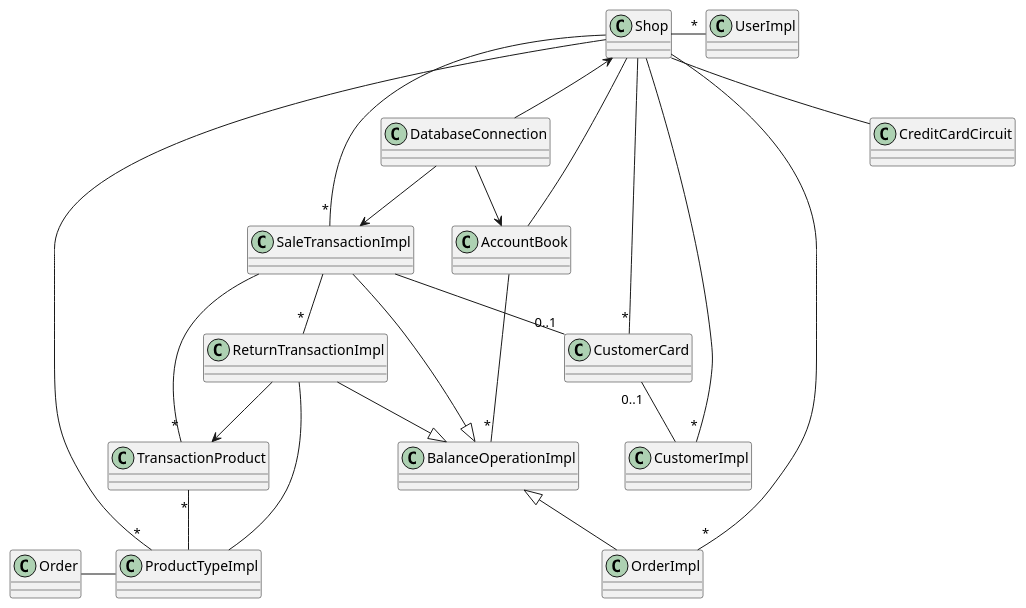
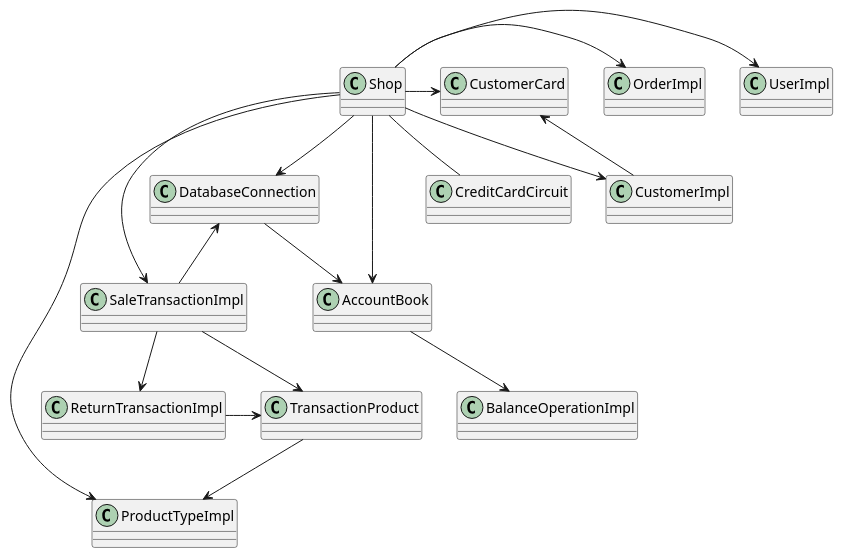
The diagram in Deliverables/IntegrationAPITestReport.md (MatteoBattilana/EzShop), drawn with PlantUML before and after one commit. The commit also changed other lines of this file, not shown here.

Commit message:
docs: updated integration document

````diff
--- a/Deliverables/IntegrationAPITestReport.md
+++ b/Deliverables/IntegrationAPITestReport.md
@@ -29,38 +29,32 @@
 ```plantuml
 
          class DatabaseConnection {}
 
        Shop -[hidden]-> DatabaseConnection
 
          Shop -- CreditCardCircuit
          Shop -[hidden]-> CreditCardCircuit
 
 
                 DatabaseConnection --> AccountBook
-                DatabaseConnection --> Shop
-                DatabaseConnection --> SaleTransactionImpl
-       ReturnTransactionImpl --|> BalanceOperationImpl
-       SaleTransactionImpl --|> BalanceOperationImpl
-       OrderImpl -up-|> BalanceOperationImpl
+                DatabaseConnection <-- Shop
+                DatabaseConnection <-- SaleTransactionImpl
 
-     AccountBook --"*" BalanceOperationImpl
+     AccountBook --> BalanceOperationImpl
 
-     SaleTransactionImpl --"*" ReturnTransactionImpl
-     SaleTransactionImpl --"*" TransactionProduct
-     TransactionProduct "*" -- ProductTypeImpl
-     CustomerCard "0..1"-- CustomerImpl
-     SaleTransactionImpl -- "0..1" CustomerCard
+     SaleTransactionImpl --> ReturnTransactionImpl
+     SaleTransactionImpl --> TransactionProduct
+     TransactionProduct --> ProductTypeImpl
+     CustomerCard <-- CustomerImpl
 
-     Order -right- ProductTypeImpl
-     ReturnTransactionImpl -- ProductTypeImpl
-     ReturnTransactionImpl --> TransactionProduct
+     ReturnTransactionImpl -> TransactionProduct
 
 
-       Shop - "*" UserImpl
-       Shop - "*" SaleTransactionImpl
-       Shop - "*" ProductTypeImpl
-       Shop - "*" OrderImpl
-       Shop - "*" CustomerImpl
-       Shop - "*" CustomerCard
-       Shop - AccountBook
+       Shop -> UserImpl
+       Shop -> SaleTransactionImpl
+       Shop -> ProductTypeImpl
+       Shop -> OrderImpl
+       Shop -> CustomerImpl
+       Shop -> CustomerCard
+       Shop -> AccountBook
 ```
````
